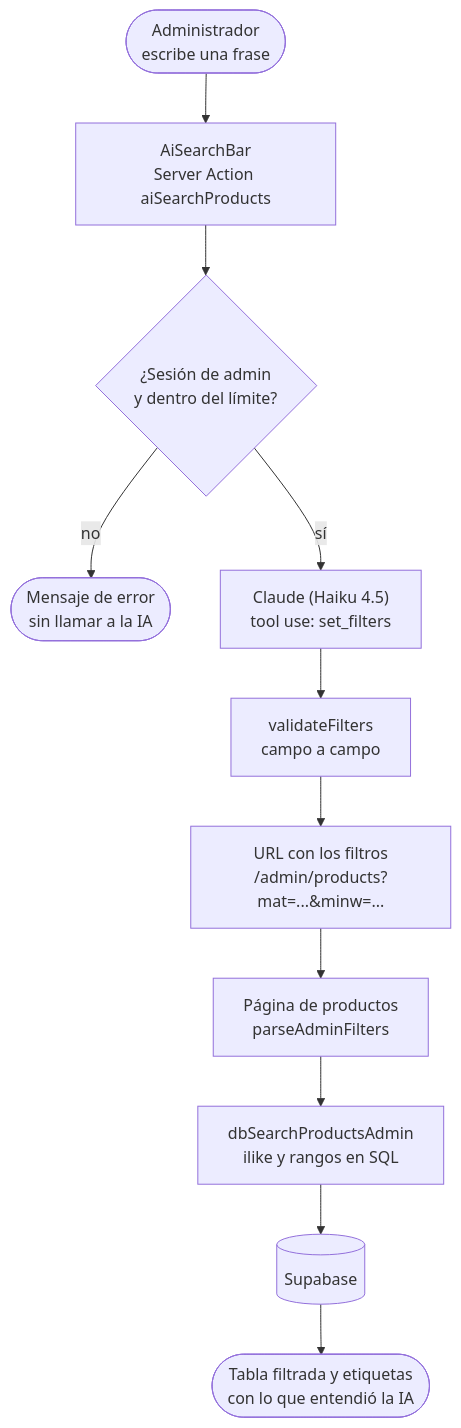
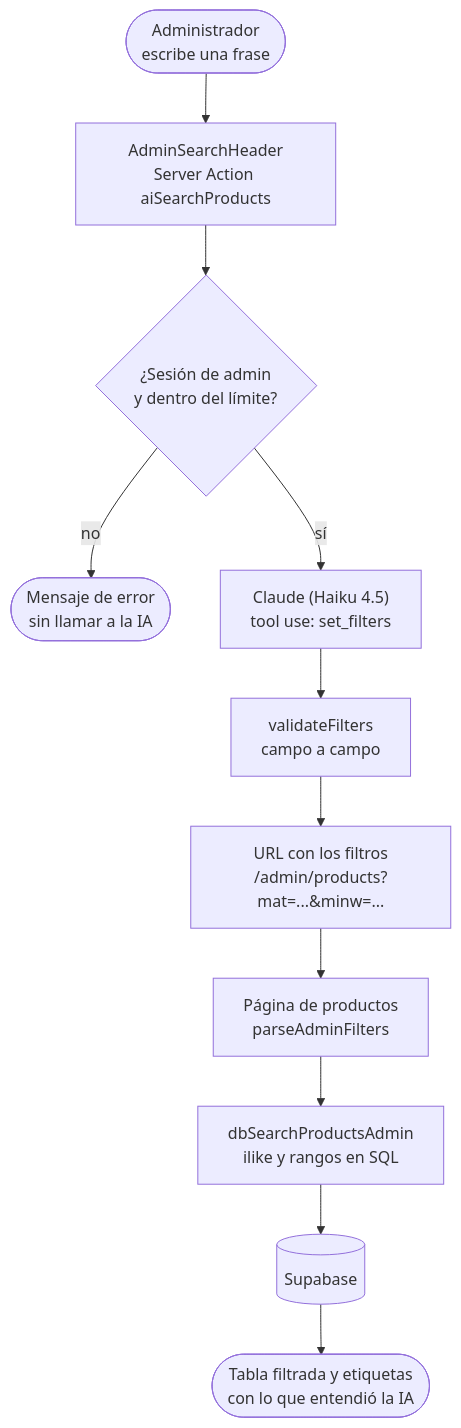
Before and after one commit to santifuenma/ModernHome-WebCatalog: the first of 4 diagrams in README.md, drawn with Mermaid. The commit also changed other lines of this file and 11 other files, not shown here.

First line of the commit message:
feat(admin): redesign the search header with a filters panel

````diff
--- a/README.md
+++ b/README.md
@@ -91,13 +91,13 @@
 ```mermaid
 flowchart TB
-    A(["Administrador<br/>escribe una frase"]) --> B["AiSearchBar<br/>Server Action aiSearchProducts"]
+    A(["Administrador<br/>escribe una frase"]) --> B["AdminSearchHeader<br/>Server Action aiSearchProducts"]
     B --> C{"¿Sesión de admin<br/>y dentro del límite?"}
     C -- "no" --> X(["Mensaje de error<br/>sin llamar a la IA"])
     C -- "sí" --> D["Claude (Haiku 4.5)<br/>tool use: set_filters"]
     D --> E["validateFilters<br/>campo a campo"]
     E --> F["URL con los filtros<br/>/admin/products?mat=...&minw=..."]
     F --> G["Página de productos<br/>parseAdminFilters"]
     G --> H["dbSearchProductsAdmin<br/>ilike y rangos en SQL"]
     H --> I[("Supabase")]
     I --> J(["Tabla filtrada y etiquetas<br/>con lo que entendió la IA"])
 ```
````
